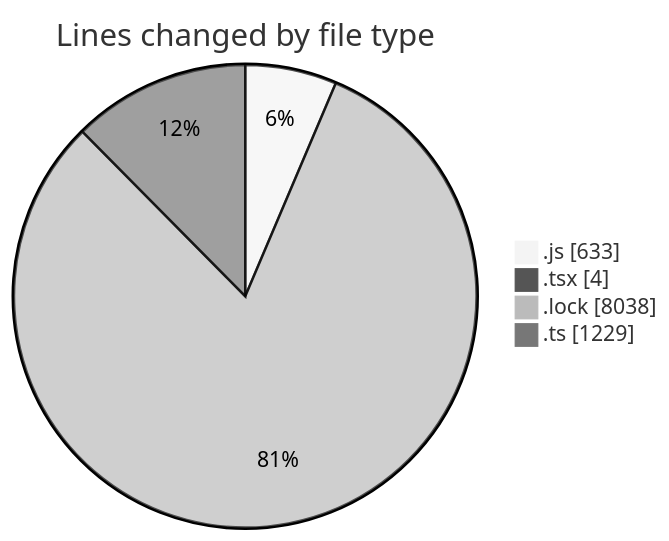
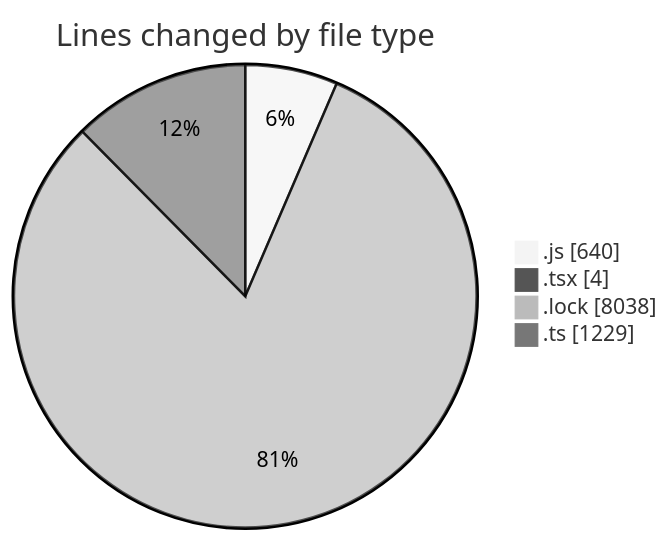
The first of 2 diagrams in 2025-03-11/cda/README.md (momahboobian/code-tracking), drawn with Mermaid (neutral theme) before and after one commit. The commit also changed other lines of this file and 1 other file, not shown here.

````diff
--- a/2025-03-11/cda/README.md
+++ b/2025-03-11/cda/README.md
@@ -35,8 +35,8 @@
 ```mermaid
 pie showData
 title Lines changed by file type
-".js" : 633
+".js" : 640
 ".tsx" : 4
 ".lock" : 8038
 ".ts" : 1229
 ```
````
